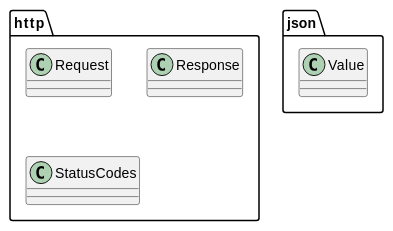
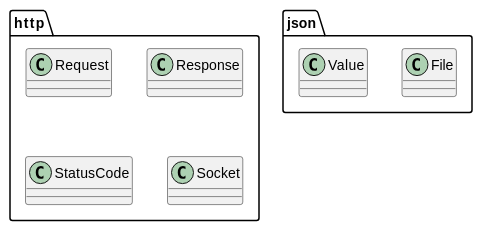
Before and after one commit to t-h2o/webserv: the second of 7 diagrams in docs/README.adoc, drawn with PlantUML. The commit also changed 1 other file, not shown here.

Commit message:
update classes diagram

```diff
--- a/docs/README.adoc
+++ b/docs/README.adoc
@@ -22,9 +22,11 @@
 [plantuml, target=class, format=svg, width=60%]
 ....
 set separator ::
 
 class http::Request
 class http::Response
-class http::StatusCodes
+class http::StatusCode
+class http::Socket
+class json::File
 class json::Value
 ....
```
